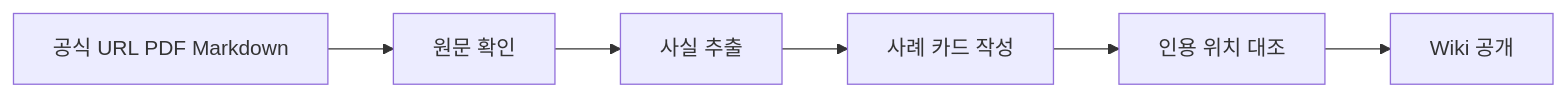
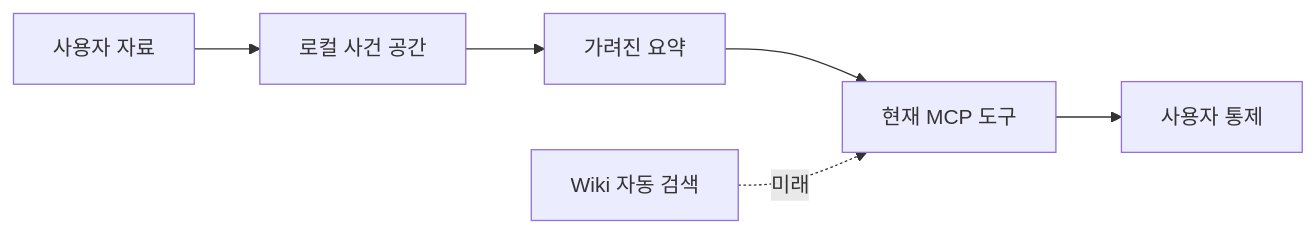
Before and after one commit to leetae9yu/haksulsomoim: the second of 4 diagrams in docs/LLM_Wiki_사례확장_및_에이전트_활용_쉬운설명.md, drawn with Mermaid. The commit also changed other lines of this file, not shown here.

Commit message:
Rewrite easy LLM Wiki guide from sources

````diff
--- a/docs/LLM_Wiki_사례확장_및_에이전트_활용_쉬운설명.md
+++ b/docs/LLM_Wiki_사례확장_및_에이전트_활용_쉬운설명.md
@@ -45,8 +133,8 @@
 ```mermaid
 flowchart LR
-    A[공식 URL PDF Markdown] --> B[원문 확인]
-    B --> C[사실 추출]
-    C --> D[사례 카드 작성]
-    D --> E[인용 위치 대조]
-    E --> F[Wiki 공개]
+    A[사용자 자료] --> B[로컬 사건 공간]
+    B --> C[가려진 요약]
+    C --> D[현재 MCP 도구]
+    D --> E[사용자 통제]
+    X[Wiki 자동 검색] -. 미래 .-> D
 ```
````
